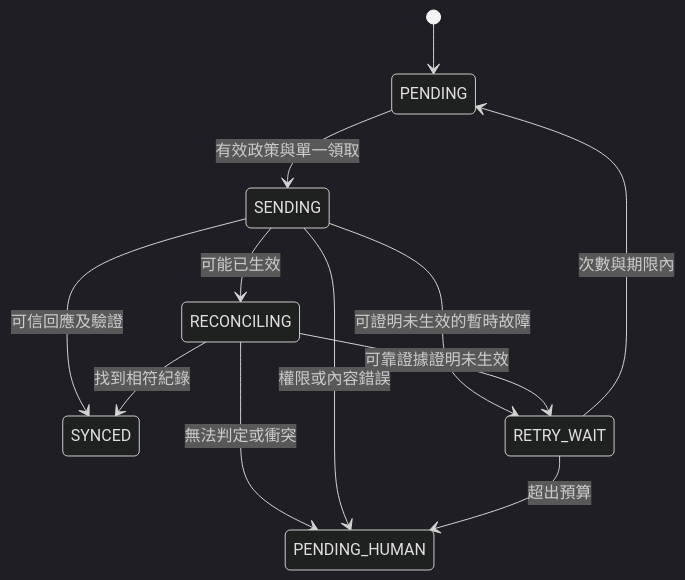
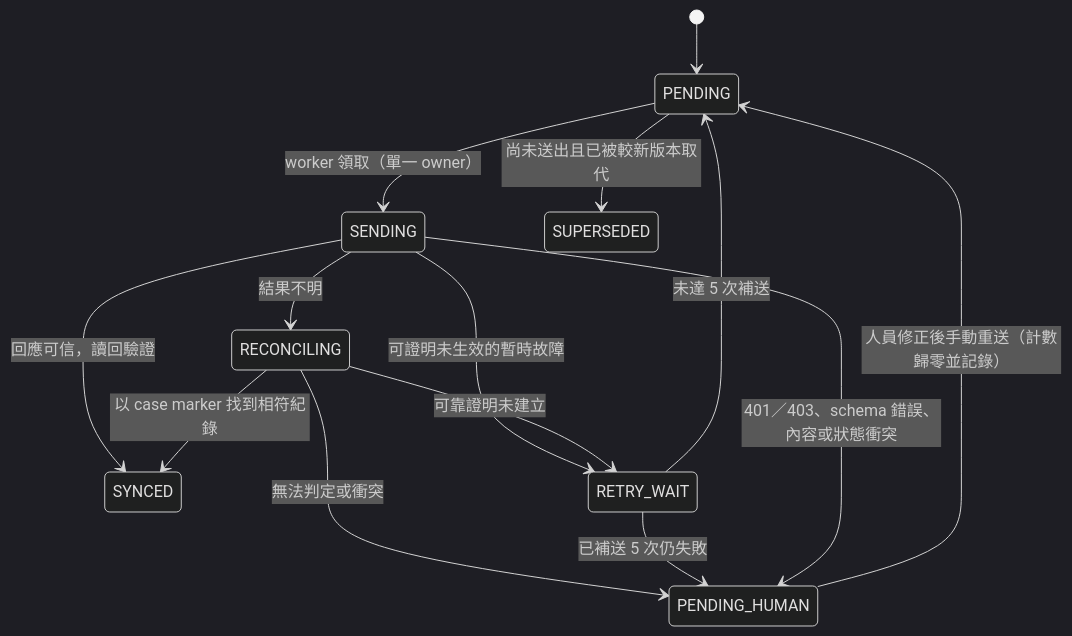
Before and after one commit to lancehuang58/ai-devops-platform: the fifth of 5 diagrams in doc/specifications/DevOps_智慧維運應用系統設計規格書_草案.md, drawn with Mermaid (dark theme). The commit also changed other lines of this file, not shown here.

````diff
--- a/doc/specifications/DevOps_智慧維運應用系統設計規格書_草案.md
+++ b/doc/specifications/DevOps_智慧維運應用系統設計規格書_草案.md
@@ -1573,14 +1574,16 @@
 ```mermaid
 stateDiagram-v2
     [*] --> PENDING
-    PENDING --> SENDING: 有效政策與單一領取
-    SENDING --> SYNCED: 可信回應及驗證
+    PENDING --> SENDING: worker 領取（單一 owner）
+    SENDING --> SYNCED: 回應可信，讀回驗證
     SENDING --> RETRY_WAIT: 可證明未生效的暫時故障
-    SENDING --> RECONCILING: 可能已生效
-    RETRY_WAIT --> PENDING: 次數與期限內
-    RECONCILING --> SYNCED: 找到相符紀錄
-    RECONCILING --> RETRY_WAIT: 可靠證據證明未生效
+    SENDING --> RECONCILING: 結果不明
+    RECONCILING --> SYNCED: 以 case marker 找到相符紀錄
+    RECONCILING --> RETRY_WAIT: 可靠證明未建立
     RECONCILING --> PENDING_HUMAN: 無法判定或衝突
-    SENDING --> PENDING_HUMAN: 權限或內容錯誤
-    RETRY_WAIT --> PENDING_HUMAN: 超出預算
+    RETRY_WAIT --> PENDING: 未達 5 次補送
+    RETRY_WAIT --> PENDING_HUMAN: 已補送 5 次仍失敗
+    SENDING --> PENDING_HUMAN: 401／403、schema 錯誤、內容或狀態衝突
+    PENDING --> SUPERSEDED: 尚未送出且已被較新版本取代
+    PENDING_HUMAN --> PENDING: 人員修正後手動重送（計數歸零並記錄）
 ```
````
